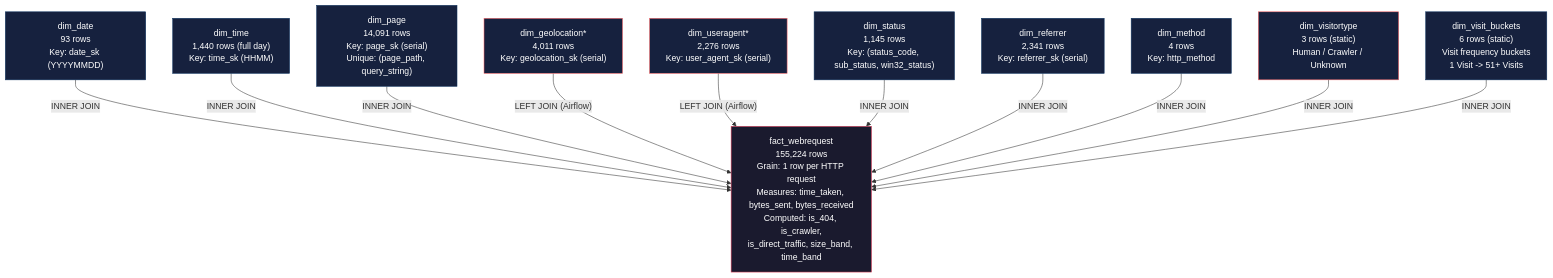
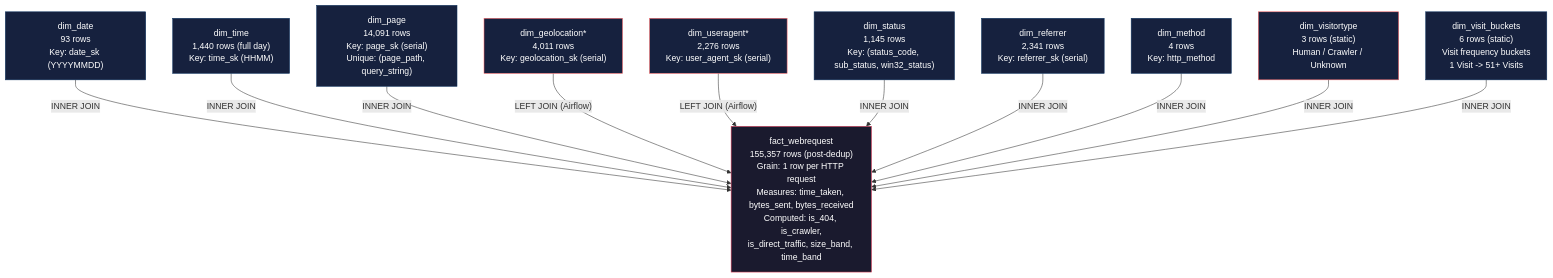
One commit to AhmedIkram05/w3c-etl-pipeline changed diagram 11 of 14 in README.md. Above: the diagram before and after it, drawn with Mermaid. The commit also changed other lines of this file, not shown here.

````diff
--- a/README.md
+++ b/README.md
@@ -697,33 +704,33 @@
 ```mermaid
 flowchart TB
-    fact["fact_webrequest<br/>155,224 rows<br/>Grain: 1 row per HTTP request<br/>Measures: time_taken, bytes_sent, bytes_received<br/>Computed: is_404, is_crawler,<br/>is_direct_traffic, size_band, time_band"]
+    fact["fact_webrequest<br/>155,357 rows (post-dedup)<br/>Grain: 1 row per HTTP request<br/>Measures: time_taken, bytes_sent, bytes_received<br/>Computed: is_404, is_crawler,<br/>is_direct_traffic, size_band, time_band"]
 
     dim_date["dim_date<br/>93 rows<br/>Key: date_sk (YYYYMMDD)"]
     dim_time["dim_time<br/>1,440 rows (full day)<br/>Key: time_sk (HHMM)"]
     dim_page["dim_page<br/>14,091 rows<br/>Key: page_sk (serial)<br/>Unique: (page_path, query_string)"]
     dim_geo["dim_geolocation*<br/>4,011 rows<br/>Key: geolocation_sk (serial)"]
     dim_ua["dim_useragent*<br/>2,276 rows<br/>Key: user_agent_sk (serial)"]
     dim_status["dim_status<br/>1,145 rows<br/>Key: (status_code, sub_status, win32_status)"]
     dim_ref["dim_referrer<br/>2,341 rows<br/>Key: referrer_sk (serial)"]
     dim_method["dim_method<br/>4 rows<br/>Key: http_method"]
     dim_visitor["dim_visitortype<br/>3 rows (static)<br/>Human / Crawler / Unknown"]
     dim_visit_buckets["dim_visit_buckets<br/>6 rows (static)<br/>Visit frequency buckets<br/>1 Visit -> 51+ Visits"]
 
     dim_date -->|"INNER JOIN"| fact
     dim_time -->|"INNER JOIN"| fact
     dim_page -->|"INNER JOIN"| fact
     dim_geo -->|"LEFT JOIN (Airflow)"| fact
     dim_ua -->|"LEFT JOIN (Airflow)"| fact
     dim_status -->|"INNER JOIN"| fact
     dim_ref -->|"INNER JOIN"| fact
     dim_method -->|"INNER JOIN"| fact
     dim_visitor -->|"INNER JOIN"| fact
     dim_visit_buckets -->|"INNER JOIN"| fact
 
     classDef default fill:#1a1a2e,stroke:#e94560,color:#fff
     classDef dim fill:#16213e,stroke:#0f3460,color:#fff
     classDef airflow fill:#16213e,stroke:#ff6b6b,color:#fff
     class fact default
     class dim_date,dim_time,dim_page,dim_status,dim_ref,dim_method,dim_visit_buckets dim
     class dim_geo,dim_ua,dim_visitor airflow
 ```
````
